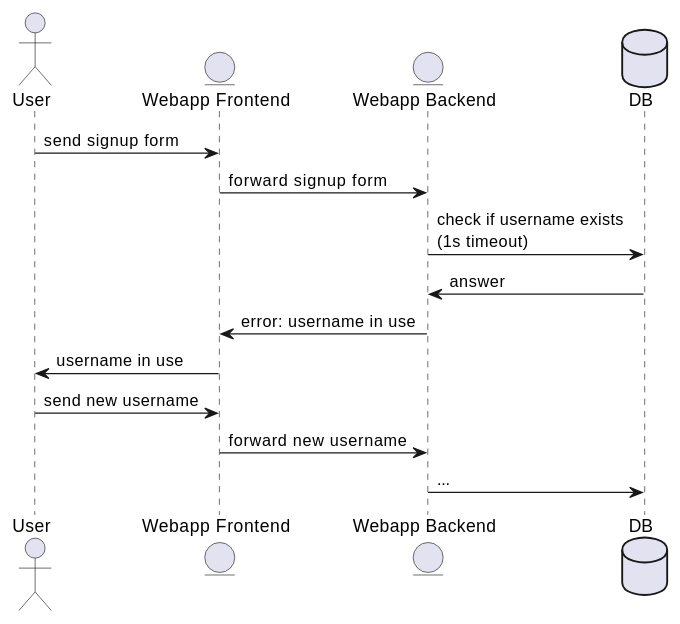
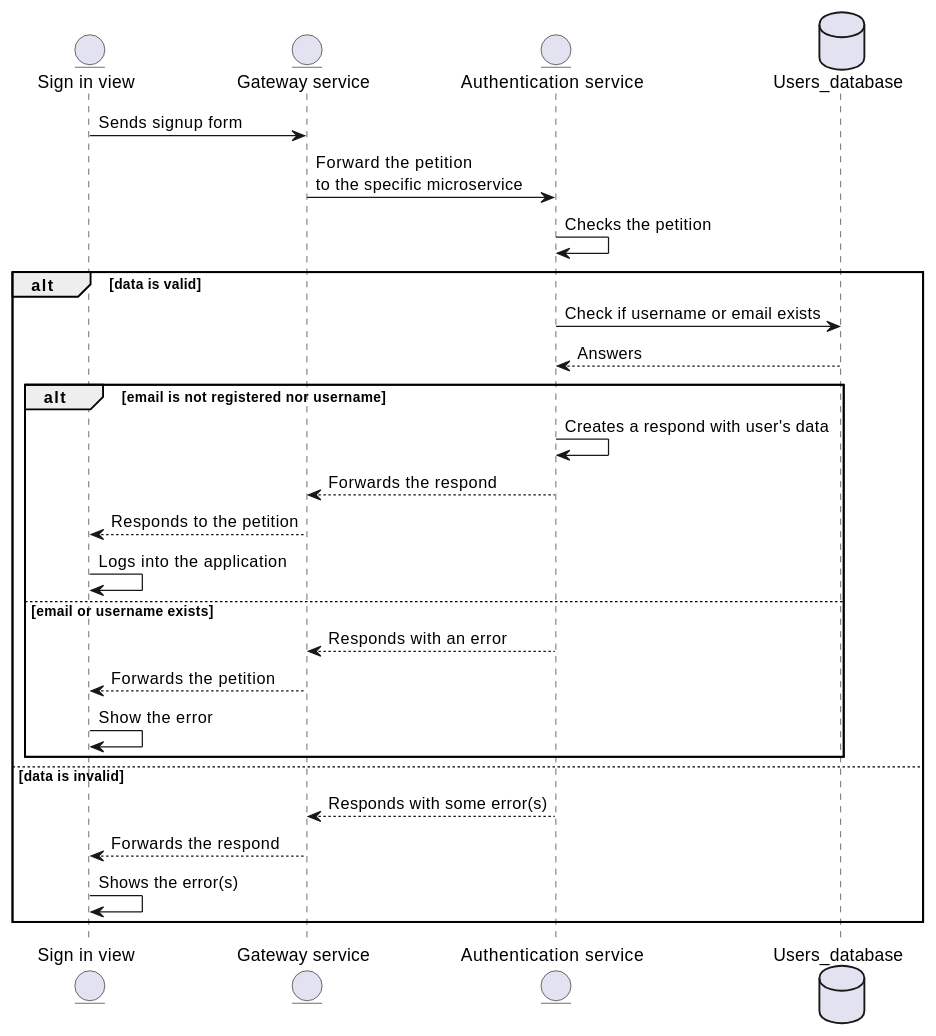
Before and after one commit to Arquisoft/wiq_en1b: the first of 5 diagrams in docs/src/06_runtime_view.adoc, drawn with PlantUML. The commit also changed other lines of this file and 1 other file, not shown here.

```diff
--- a/docs/src/06_runtime_view.adoc
+++ b/docs/src/06_runtime_view.adoc
@@ -128,16 +44,28 @@
-[plantuml,"Signup failure",png]
+[plantuml,"Signup",png]
 ----
-actor User
-entity Frontend as "Webapp Frontend"
-entity Backend as "Webapp Backend"
-database DB
-User -> Frontend: send signup form
-Frontend -> Backend: forward signup form
-Backend -> DB: check if username exists\n(1s timeout)
-DB -> Backend: answer
-Backend -> Frontend: error: username in use
-Frontend -> User: username in use
-User -> Frontend: send new username
-Frontend -> Backend: forward new username
-Backend -> DB: ...
+entity Webapp as "Sign in view"
+entity Gateway_service as "Gateway service"
+entity Microservice as "Authentication service"
+database Users_database
+Webapp -> Gateway_service: Sends signup form
+Gateway_service -> Microservice: Forward the petition\nto the specific microservice 
+Microservice -> Microservice : Checks the petition
+alt data is valid
+  Microservice -> Users_database : Check if username or email exists
+  Users_database --> Microservice: Answers
+  alt email is not registered nor username
+    Microservice -> Microservice: Creates a respond with user's data
+    Microservice --> Gateway_service: Forwards the respond
+    Gateway_service --> Webapp : Responds to the petition
+    Webapp -> Webapp : Logs into the application
+  else email or username exists
+    Microservice --> Gateway_service: Responds with an error
+    Gateway_service --> Webapp : Forwards the petition
+    Webapp -> Webapp : Show the error
+  end
+else data is invalid
+  Microservice --> Gateway_service: Responds with some error(s)
+  Gateway_service --> Webapp: Forwards the respond
+  Webapp -> Webapp: Shows the error(s)
+end
 ----
```
